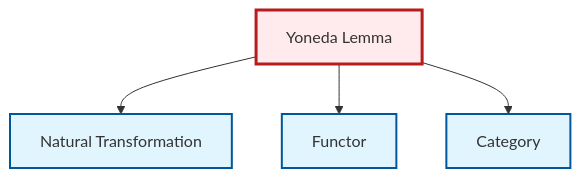
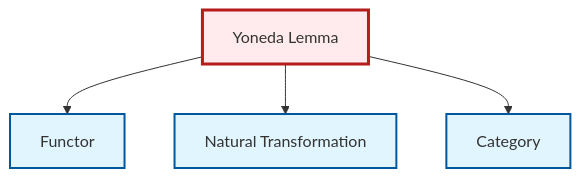
Before and after one commit to RK0429/ModernMath: the diagram in output/mermaid/en/thm-yoneda.mermaid, drawn with Mermaid. The commit also changed other lines of this file and 3393 other files, not shown here.

```diff
--- a/output/mermaid/en/thm-yoneda.mermaid
+++ b/output/mermaid/en/thm-yoneda.mermaid
@@ -1,14 +1,14 @@
 graph TD
     classDef definition fill:#e1f5fe,stroke:#01579b,stroke-width:2px
     classDef theorem fill:#f3e5f5,stroke:#4a148c,stroke-width:2px
     classDef axiom fill:#fff3e0,stroke:#e65100,stroke-width:2px
     classDef example fill:#e8f5e9,stroke:#1b5e20,stroke-width:2px
     classDef current fill:#ffebee,stroke:#b71c1c,stroke-width:3px
+    def-natural-transformation["Natural Transformation"]:::definition
+    thm-yoneda["Yoneda Lemma"]:::theorem
     def-category["Category"]:::definition
-    thm-yoneda["Yoneda Lemma"]:::theorem
     def-functor["Functor"]:::definition
-    def-natural-transformation["Natural Transformation"]:::definition
+    thm-yoneda --> def-functor
     thm-yoneda --> def-natural-transformation
-    thm-yoneda --> def-functor
     thm-yoneda --> def-category
     class thm-yoneda current
```
